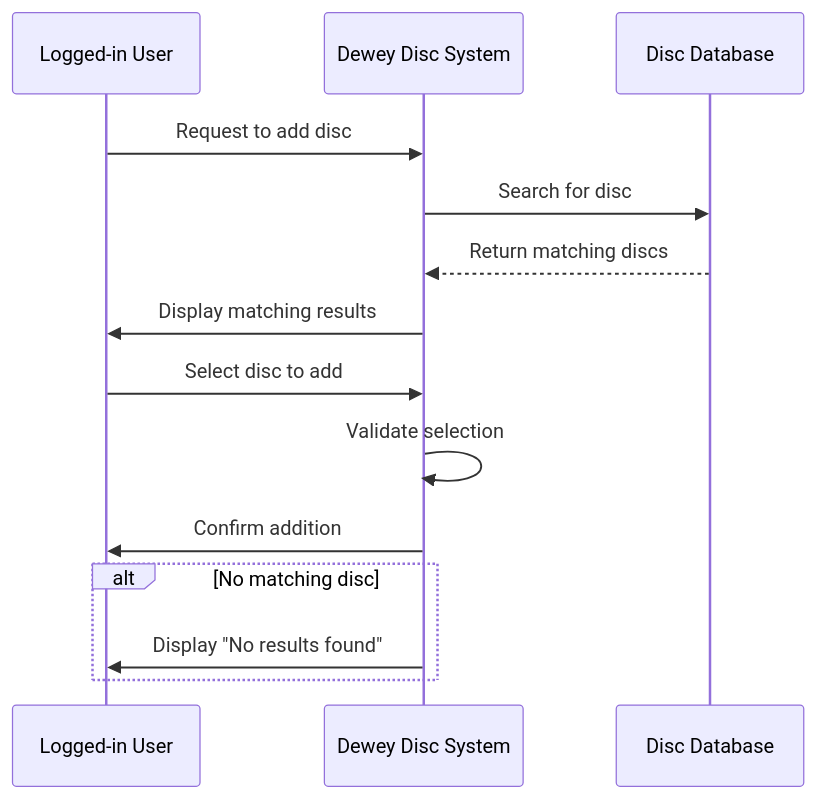
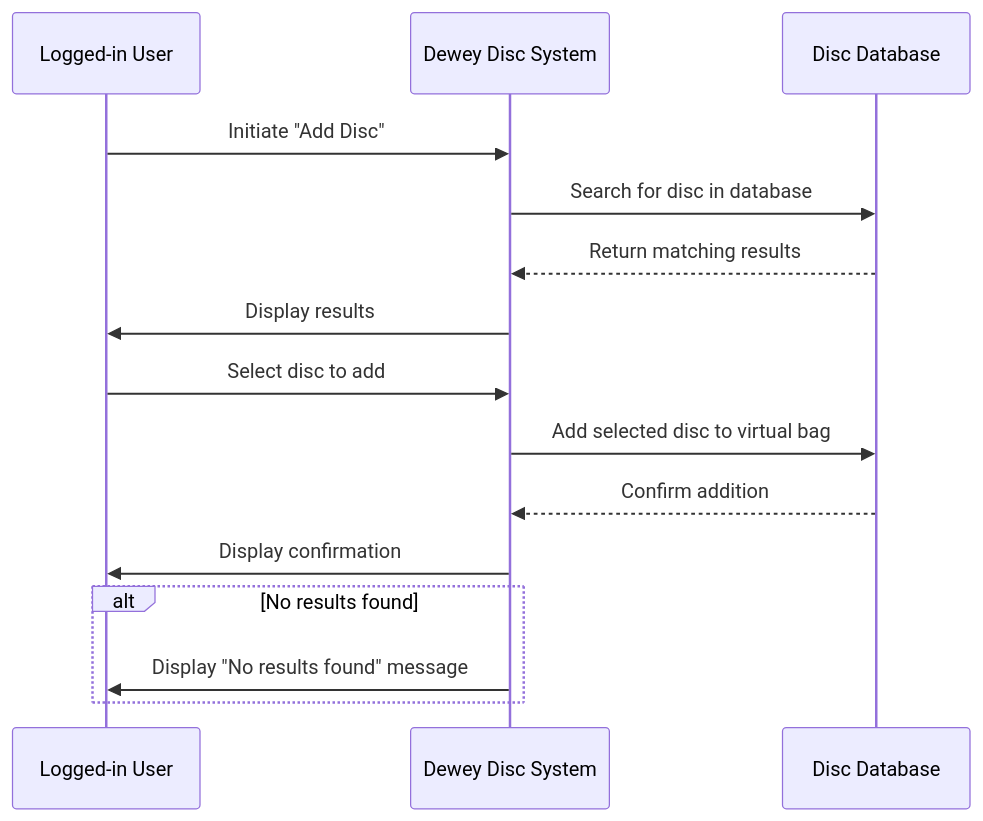
The diagram in designs/sequence_diagrams/sequence_add_disc.md (ccp2kz/DeweyDiscSystem_CS4090), drawn with Mermaid before and after one commit. The commit also changed other lines of this file, not shown here.

````diff
--- a/designs/sequence_diagrams/sequence_add_disc.md
+++ b/designs/sequence_diagrams/sequence_add_disc.md
@@ -7,17 +7,18 @@
 ```mermaid
 sequenceDiagram
     participant User as Logged-in User
     participant System as Dewey Disc System
     participant DB as Disc Database
 
-    User->>System: Request to add disc
-    System->>DB: Search for disc
-    DB-->>System: Return matching discs
-    System->>User: Display matching results
+    User->>System: Initiate "Add Disc"
+    System->>DB: Search for disc in database
+    DB-->>System: Return matching results
+    System->>User: Display results
     User->>System: Select disc to add
-    System->>System: Validate selection
-    System->>User: Confirm addition
-    alt No matching disc
-        System->>User: Display "No results found"
+    System->>DB: Add selected disc to virtual bag
+    DB-->>System: Confirm addition
+    System->>User: Display confirmation
+    alt No results found
+        System->>User: Display "No results found" message
     end
 ```
````
